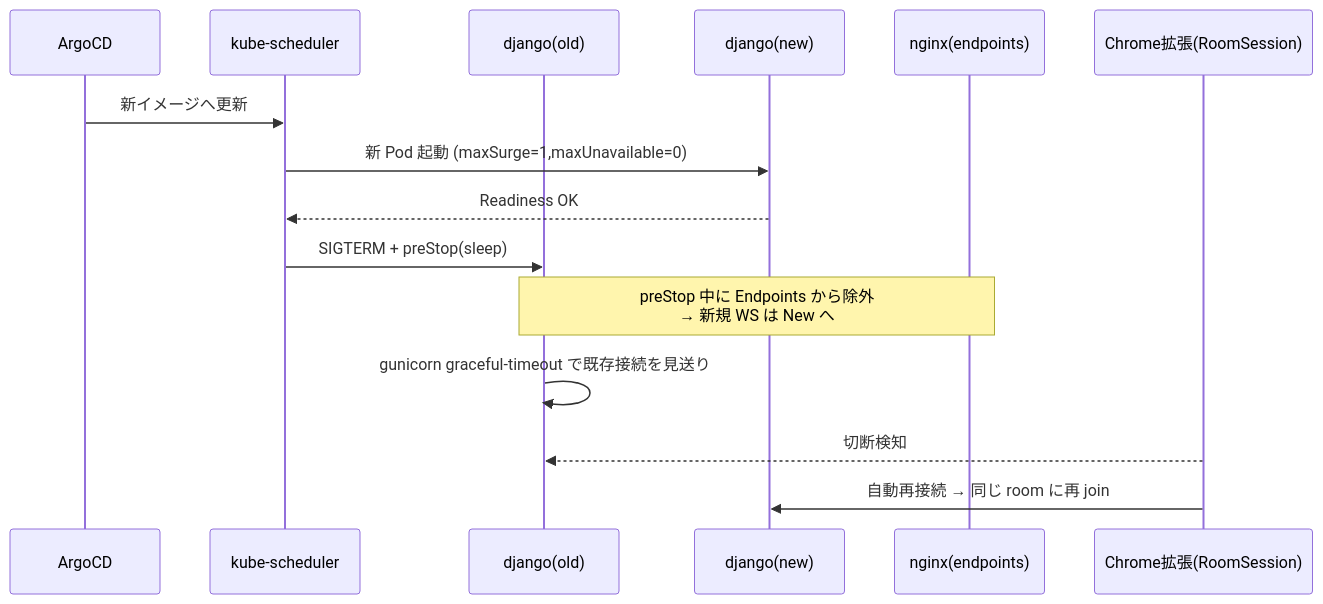
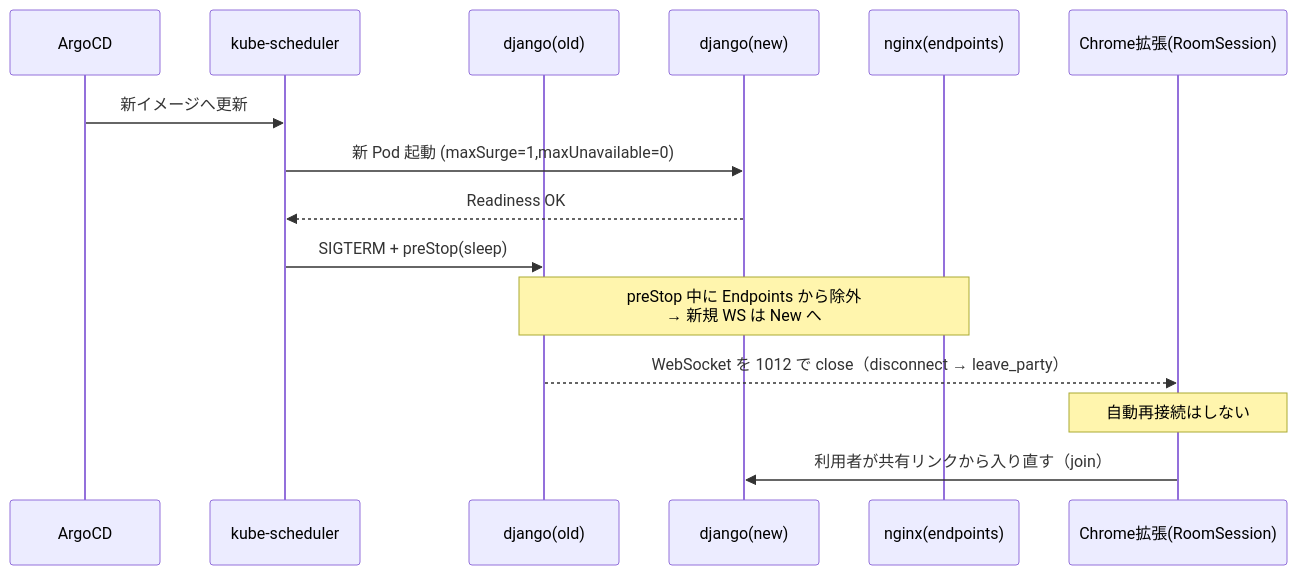
One commit to d-party/d-party changed the third of 5 diagrams in infra/README.md. Above: the diagram before and after it, drawn with Mermaid. The commit also changed other lines of this file and 3 other files, not shown here.

````diff
--- a/infra/README.md
+++ b/infra/README.md
@@ -123,18 +131,18 @@
 ```mermaid
 sequenceDiagram
     participant ArgoCD
     participant K8s as kube-scheduler
     participant Old as django(old)
     participant New as django(new)
     participant NX as nginx(endpoints)
     participant Cli as Chrome拡張(RoomSession)
 
     ArgoCD->>K8s: 新イメージへ更新
     K8s->>New: 新 Pod 起動 (maxSurge=1,maxUnavailable=0)
     New-->>K8s: Readiness OK
     K8s->>Old: SIGTERM + preStop(sleep)
     Note over Old,NX: preStop 中に Endpoints から除外<br/>→ 新規 WS は New へ
-    Old->>Old: gunicorn graceful-timeout で既存接続を見送り
-    Cli-->>Old: 切断検知
-    Cli->>New: 自動再接続 → 同じ room に再 join
+    Old-->>Cli: WebSocket を 1012 で close（disconnect → leave_party）
+    Note over Cli: 自動再接続はしない
+    Cli->>New: 利用者が共有リンクから入り直す（join）
 ```
````
